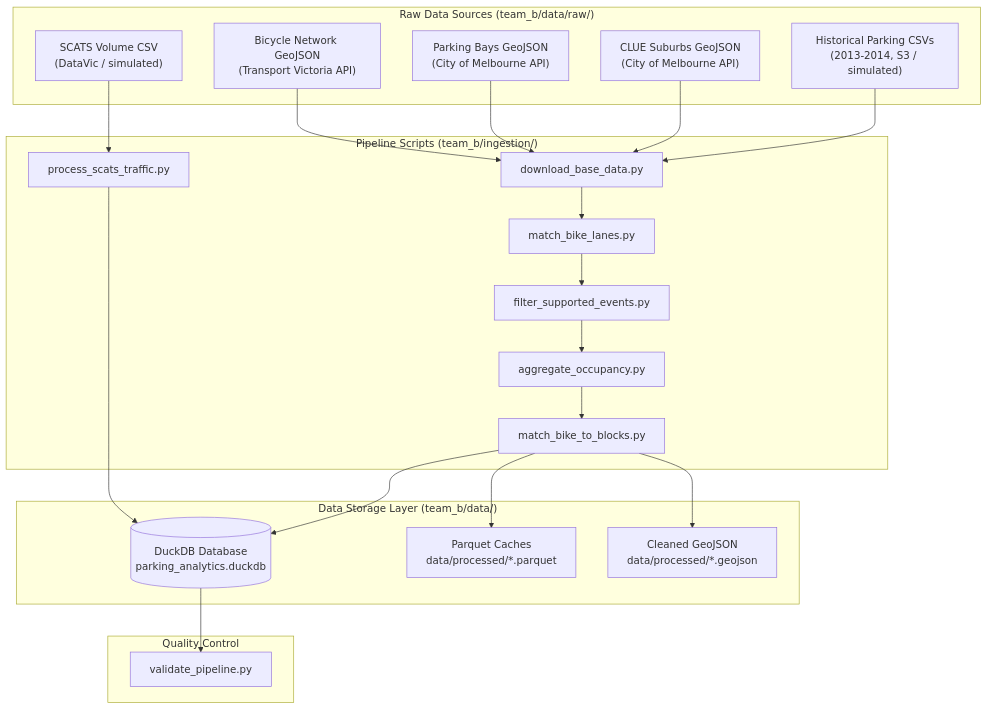
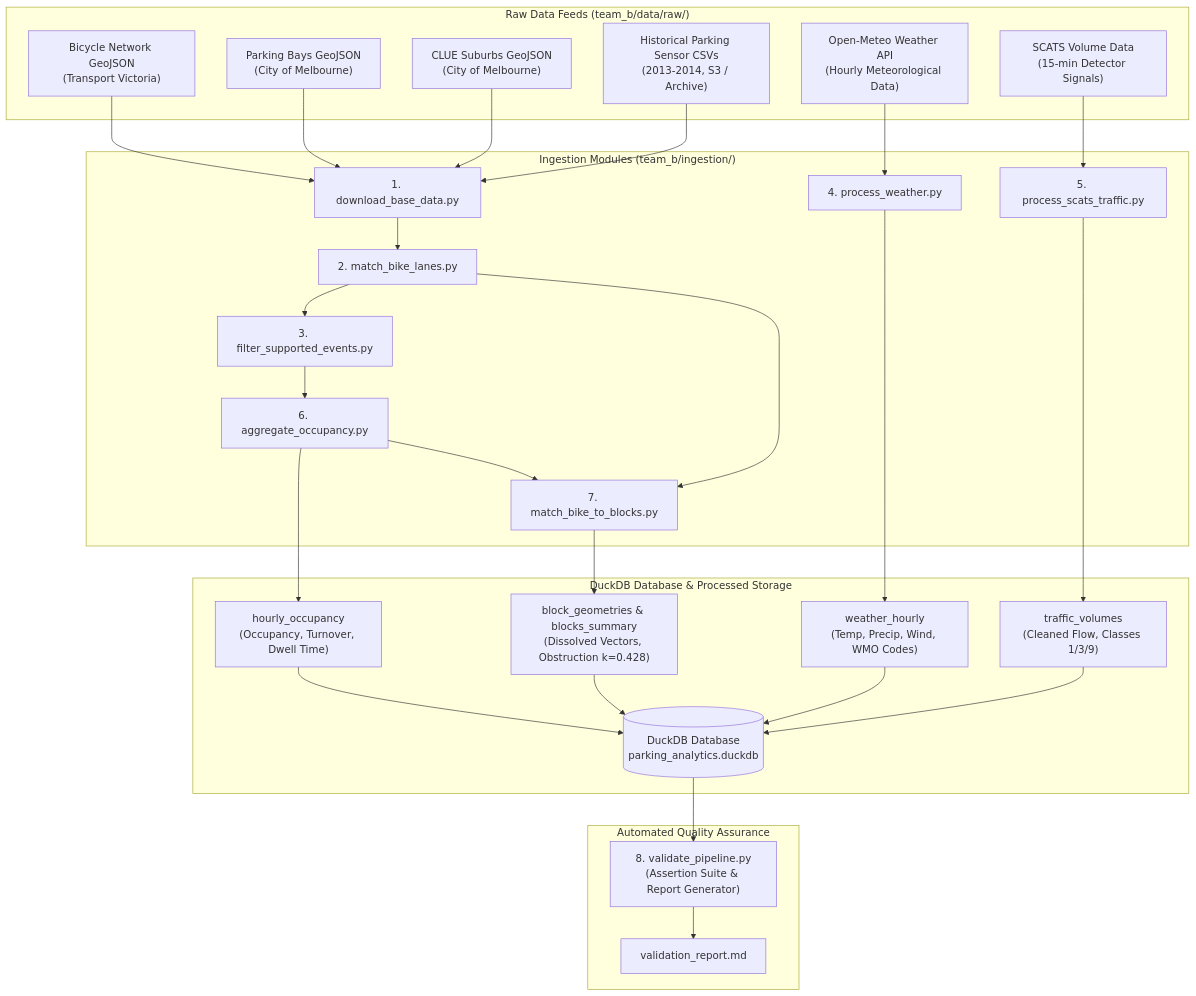
Before and after one commit to rooien/urban-analysis: the diagram in knowledge_base/data_pipeline.md, drawn with Mermaid. The commit also changed other lines of this file and 8 other files, not shown here.

````diff
--- a/knowledge_base/data_pipeline.md
+++ b/knowledge_base/data_pipeline.md
@@ -11,42 +14,51 @@
 ```mermaid
 flowchart TD
-    subgraph RawSources["Raw Data Sources (team_b/data/raw/)"]
-        A1["Bicycle Network GeoJSON<br/>(Transport Victoria API)"]
-        A2["Parking Bays GeoJSON<br/>(City of Melbourne API)"]
-        A3["CLUE Suburbs GeoJSON<br/>(City of Melbourne API)"]
-        A4["Historical Parking CSVs<br/>(2013-2014, S3 / simulated)"]
-        A5["SCATS Volume CSV<br/>(DataVic / simulated)"]
+    subgraph RawFeeds ["Raw Data Feeds (team_b/data/raw/)"]
+        R1["Bicycle Network GeoJSON<br/>(Transport Victoria)"]
+        R2["Parking Bays GeoJSON<br/>(City of Melbourne)"]
+        R3["CLUE Suburbs GeoJSON<br/>(City of Melbourne)"]
+        R4["Historical Parking Sensor CSVs<br/>(2013-2014, S3 / Archive)"]
+        R5["Open-Meteo Weather API<br/>(Hourly Meteorological Data)"]
+        R6["SCATS Volume Data<br/>(15-min Detector Signals)"]
     end
 
-    subgraph ETL["Pipeline Scripts (team_b/ingestion/)"]
-        B1["download_base_data.py"]
-        B2["match_bike_lanes.py"]
-        B3["filter_supported_events.py"]
-        B4["process_scats_traffic.py"]
-        B5["aggregate_occupancy.py"]
-        B6["match_bike_to_blocks.py"]
+    subgraph PipelineETL ["Ingestion Modules (team_b/ingestion/)"]
+        S1["1. download_base_data.py"]
+        S2["2. match_bike_lanes.py"]
+        S3["3. filter_supported_events.py"]
+        S4["4. process_weather.py"]
+        S5["5. process_scats_traffic.py"]
+        S6["6. aggregate_occupancy.py"]
+        S7["7. match_bike_to_blocks.py"]
     end
 
-    subgraph Storage["Data Storage Layer (team_b/data/)"]
-        C1[("DuckDB Database<br/>parking_analytics.duckdb")]
-        C2["Parquet Caches<br/>data/processed/*.parquet"]
-        C3["Cleaned GeoJSON<br/>data/processed/*.geojson"]
+    subgraph StorageLayer ["DuckDB Database & Processed Storage"]
+        D1[("DuckDB Database<br/>parking_analytics.duckdb")]
+        D2["weather_hourly<br/>(Temp, Precip, Wind, WMO Codes)"]
+        D3["traffic_volumes<br/>(Cleaned Flow, Classes 1/3/9)"]
+        D4["hourly_occupancy<br/>(Occupancy, Turnover, Dwell Time)"]
+        D5["block_geometries & blocks_summary<br/>(Dissolved Vectors, Obstruction k=0.428)"]
     end
 
-    subgraph QC["Quality Control"]
-        D1["validate_pipeline.py"]
+    subgraph QA ["Automated Quality Assurance"]
+        V1["8. validate_pipeline.py<br/>(Assertion Suite & Report Generator)"]
+        V2["validation_report.md"]
     end
 
-    A1 & A2 & A3 --> B1
-    A4 --> B1
-    B1 --> B2
-    B2 --> B3
-    B3 --> B5
-    A5 --> B4
-    B4 --> C1
-    B5 --> B6
-    B6 --> C1
-    B6 --> C2
-    B6 --> C3
-    C1 --> D1
+    R1 & R2 & R3 --> S1
+    R4 --> S1
+    S1 --> S2
+    S2 --> S3
+    R5 --> S4
+    R6 --> S5
+    S3 --> S6
+    S4 --> D2
+    S5 --> D3
+    S6 --> D4
+    S2 --> S7
+    S6 --> S7
+    S7 --> D5
+    D2 & D3 & D4 & D5 --> D1
+    D1 --> V1
+    V1 --> V2
 ```
````
